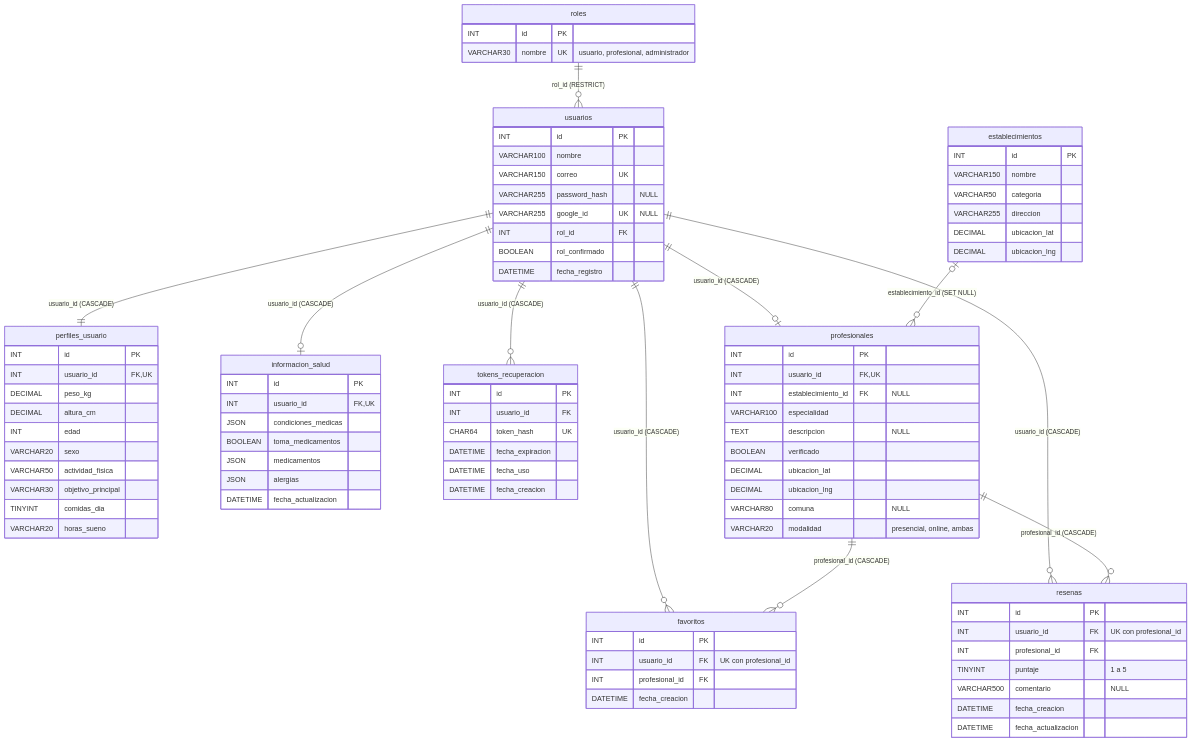
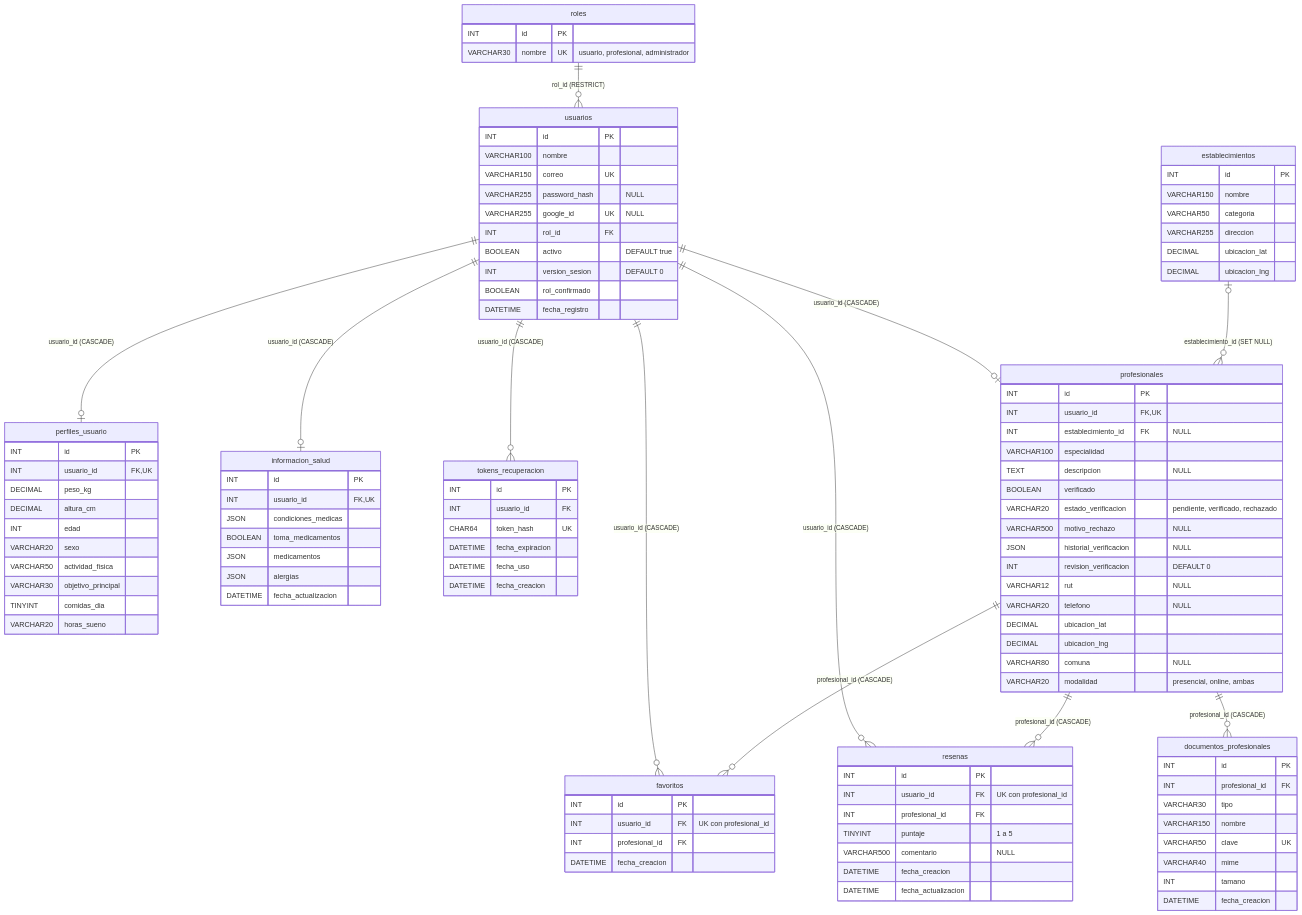
One commit to rodriacr/FitSearch changed the diagram in FASE 2/Evidencias Proyecto/Evidencias de documentación/Diagramas (Miro)/Actualización Sprint 3/04_DER_Tablas_Implementadas.mmd. Above: the diagram before and after it, drawn with Mermaid. The commit also changed 31 other files, not shown here.

Commit message:
Documenta panel administrativo en DAS 1.18 y diagramas

```diff
--- a/FASE 2/Evidencias Proyecto/Evidencias de documentación/Diagramas (Miro)/Actualización Sprint 3/04_DER_Tablas_Implementadas.mmd
+++ b/FASE 2/Evidencias Proyecto/Evidencias de documentación/Diagramas (Miro)/Actualización Sprint 3/04_DER_Tablas_Implementadas.mmd
@@ -1,89 +1,108 @@
 erDiagram
   roles ||--o{ usuarios : "rol_id (RESTRICT)"
-  usuarios ||--|| perfiles_usuario : "usuario_id (CASCADE)"
+  usuarios ||--o| perfiles_usuario : "usuario_id (CASCADE)"
   usuarios ||--o| informacion_salud : "usuario_id (CASCADE)"
   usuarios ||--o{ tokens_recuperacion : "usuario_id (CASCADE)"
   usuarios ||--o| profesionales : "usuario_id (CASCADE)"
   establecimientos |o--o{ profesionales : "establecimiento_id (SET NULL)"
   usuarios ||--o{ favoritos : "usuario_id (CASCADE)"
   profesionales ||--o{ favoritos : "profesional_id (CASCADE)"
   usuarios ||--o{ resenas : "usuario_id (CASCADE)"
   profesionales ||--o{ resenas : "profesional_id (CASCADE)"
   roles {
     INT id PK
     VARCHAR30 nombre UK "usuario, profesional, administrador"
   }
   usuarios {
     INT id PK
     VARCHAR100 nombre
     VARCHAR150 correo UK
     VARCHAR255 password_hash "NULL"
     VARCHAR255 google_id UK "NULL"
     INT rol_id FK
+    BOOLEAN activo "DEFAULT true"
+    INT version_sesion "DEFAULT 0"
     BOOLEAN rol_confirmado
     DATETIME fecha_registro
   }
   perfiles_usuario {
     INT id PK
     INT usuario_id FK,UK
     DECIMAL peso_kg
     DECIMAL altura_cm
     INT edad
     VARCHAR20 sexo
     VARCHAR50 actividad_fisica
     VARCHAR30 objetivo_principal
     TINYINT comidas_dia
     VARCHAR20 horas_sueno
   }
   informacion_salud {
     INT id PK
     INT usuario_id FK,UK
     JSON condiciones_medicas
     BOOLEAN toma_medicamentos
     JSON medicamentos
     JSON alergias
     DATETIME fecha_actualizacion
   }
   tokens_recuperacion {
     INT id PK
     INT usuario_id FK
     CHAR64 token_hash UK
     DATETIME fecha_expiracion
     DATETIME fecha_uso
     DATETIME fecha_creacion
   }
   profesionales {
     INT id PK
     INT usuario_id FK,UK
     INT establecimiento_id FK "NULL"
     VARCHAR100 especialidad
     TEXT descripcion "NULL"
     BOOLEAN verificado
+    VARCHAR20 estado_verificacion "pendiente, verificado, rechazado"
+    VARCHAR500 motivo_rechazo "NULL"
+    JSON historial_verificacion "NULL"
+    INT revision_verificacion "DEFAULT 0"
+    VARCHAR12 rut "NULL"
+    VARCHAR20 telefono "NULL"
     DECIMAL ubicacion_lat
     DECIMAL ubicacion_lng
     VARCHAR80 comuna "NULL"
     VARCHAR20 modalidad "presencial, online, ambas"
   }
   establecimientos {
     INT id PK
     VARCHAR150 nombre
     VARCHAR50 categoria
     VARCHAR255 direccion
     DECIMAL ubicacion_lat
     DECIMAL ubicacion_lng
   }
   favoritos {
     INT id PK
     INT usuario_id FK "UK con profesional_id"
     INT profesional_id FK
     DATETIME fecha_creacion
   }
   resenas {
     INT id PK
     INT usuario_id FK "UK con profesional_id"
     INT profesional_id FK
     TINYINT puntaje "1 a 5"
     VARCHAR500 comentario "NULL"
     DATETIME fecha_creacion
     DATETIME fecha_actualizacion
   }
+  profesionales ||--o{ documentos_profesionales : "profesional_id (CASCADE)"
+  documentos_profesionales {
+    INT id PK
+    INT profesional_id FK
+    VARCHAR30 tipo
+    VARCHAR150 nombre
+    VARCHAR50 clave UK
+    VARCHAR40 mime
+    INT tamano
+    DATETIME fecha_creacion
+  }
```
